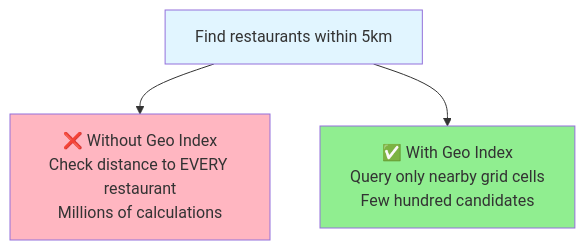
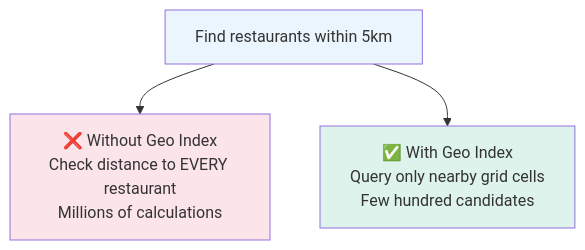
One commit to cartmancodes/InterviewVault changed diagram 18 of 34 in LLD/CoreConcepts/DataIndexing.md. Above: the diagram before and after it, drawn with Mermaid. The commit also changed other lines of this file and 679 other files, not shown here.

Commit message:
Unify content diagrams and add accessible visual walkthroughs

````diff
--- a/LLD/CoreConcepts/DataIndexing.md
+++ b/LLD/CoreConcepts/DataIndexing.md
@@ -631,12 +631,12 @@
 ```mermaid
 graph TB
     PROB[Find restaurants within 5km]
     
     PROB --> BAD[❌ Without Geo Index<br/>Check distance to EVERY restaurant<br/>Millions of calculations]
     
     PROB --> GOOD[✅ With Geo Index<br/>Query only nearby grid cells<br/>Few hundred candidates]
     
-    style PROB fill:#e1f5ff
-    style BAD fill:#FFB6C1
-    style GOOD fill:#90EE90
+    style PROB fill:#EAF5FD
+    style BAD fill:#FCE5EA
+    style GOOD fill:#DDF3EC
 ```
````
